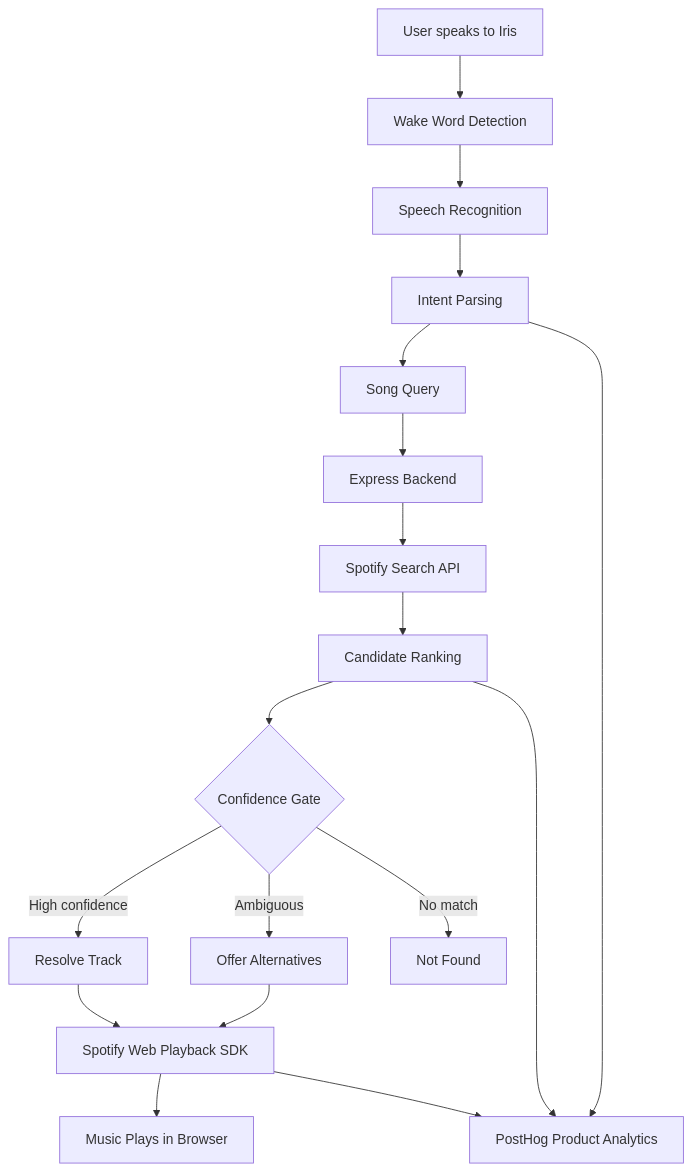
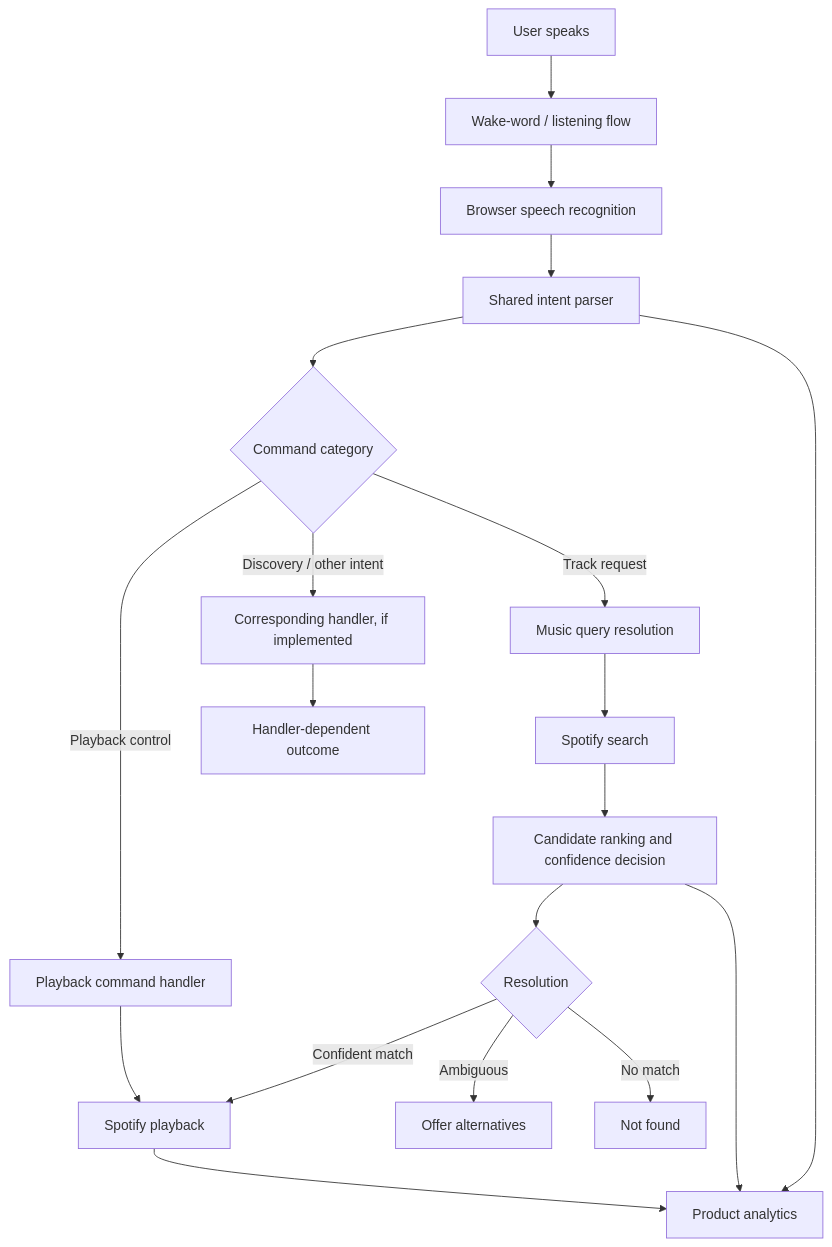
One commit to snorelax08/Iris-v7 changed the diagram in README.md. Above: the diagram before and after it, drawn with Mermaid. The commit also changed other lines of this file, not shown here.

````diff
--- a/README.md
+++ b/README.md
@@ -68,20 +148,21 @@
 ```mermaid
 flowchart TD
-    A["User speaks to Iris"] --> B["Wake Word Detection"]
-    B --> C["Speech Recognition"]
-    C --> D["Intent Parsing"]
-    D --> E["Song Query"]
-    E --> F["Express Backend"]
-    F --> G["Spotify Search API"]
-    G --> H["Candidate Ranking"]
-    H --> I{"Confidence Gate"}
-    I -->|High confidence| J["Resolve Track"]
-    I -->|Ambiguous| K["Offer Alternatives"]
-    I -->|No match| L["Not Found"]
-    J --> M["Spotify Web Playback SDK"]
-    K --> M
-    M --> N["Music Plays in Browser"]
-    D --> O["PostHog Product Analytics"]
-    H --> O
-    M --> O
+    A["User speaks"] --> B["Wake-word / listening flow"]
+    B --> C["Browser speech recognition"]
+    C --> D["Shared intent parser"]
+    D --> E{"Command category"}
+    E -->|Track request| F["Music query resolution"]
+    E -->|Playback control| G["Playback command handler"]
+    E -->|Discovery / other intent| H["Corresponding handler, if implemented"]
+    F --> I["Spotify search"]
+    I --> J["Candidate ranking and confidence decision"]
+    J --> K{"Resolution"}
+    K -->|Confident match| L["Spotify playback"]
+    K -->|Ambiguous| M["Offer alternatives"]
+    K -->|No match| N["Not found"]
+    G --> L
+    H --> O["Handler-dependent outcome"]
+    D --> P["Product analytics"]
+    J --> P
+    L --> P
 ```
````
